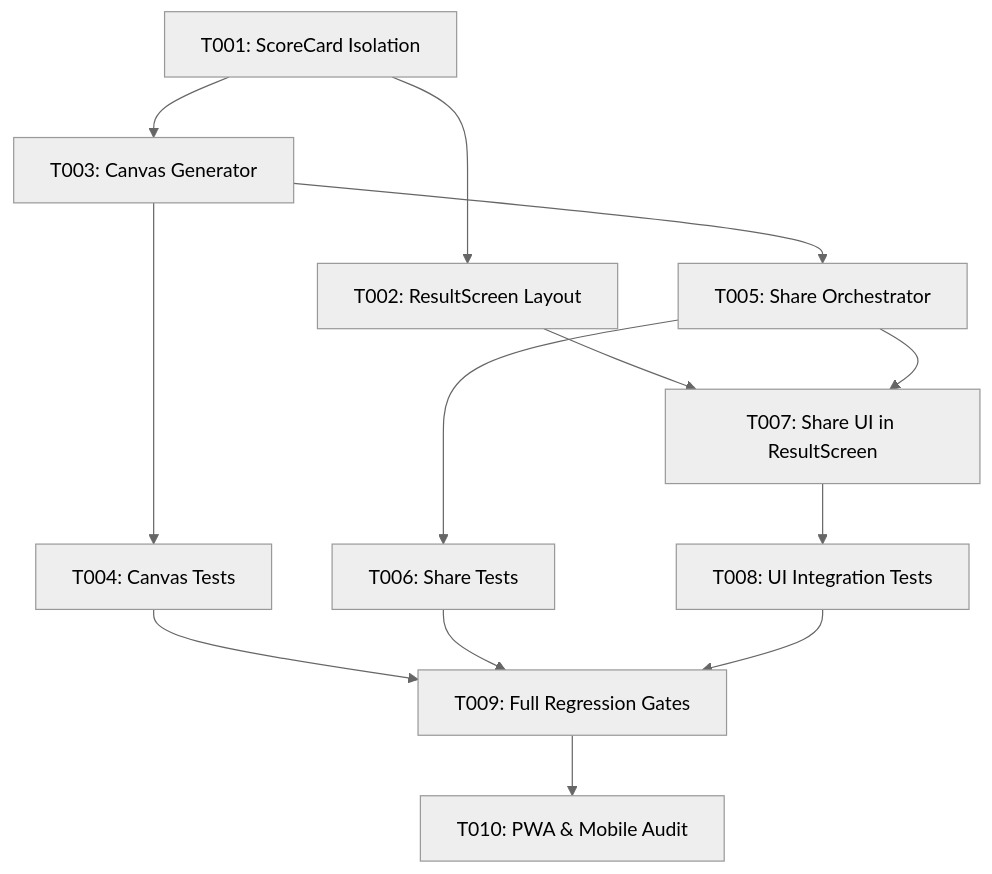
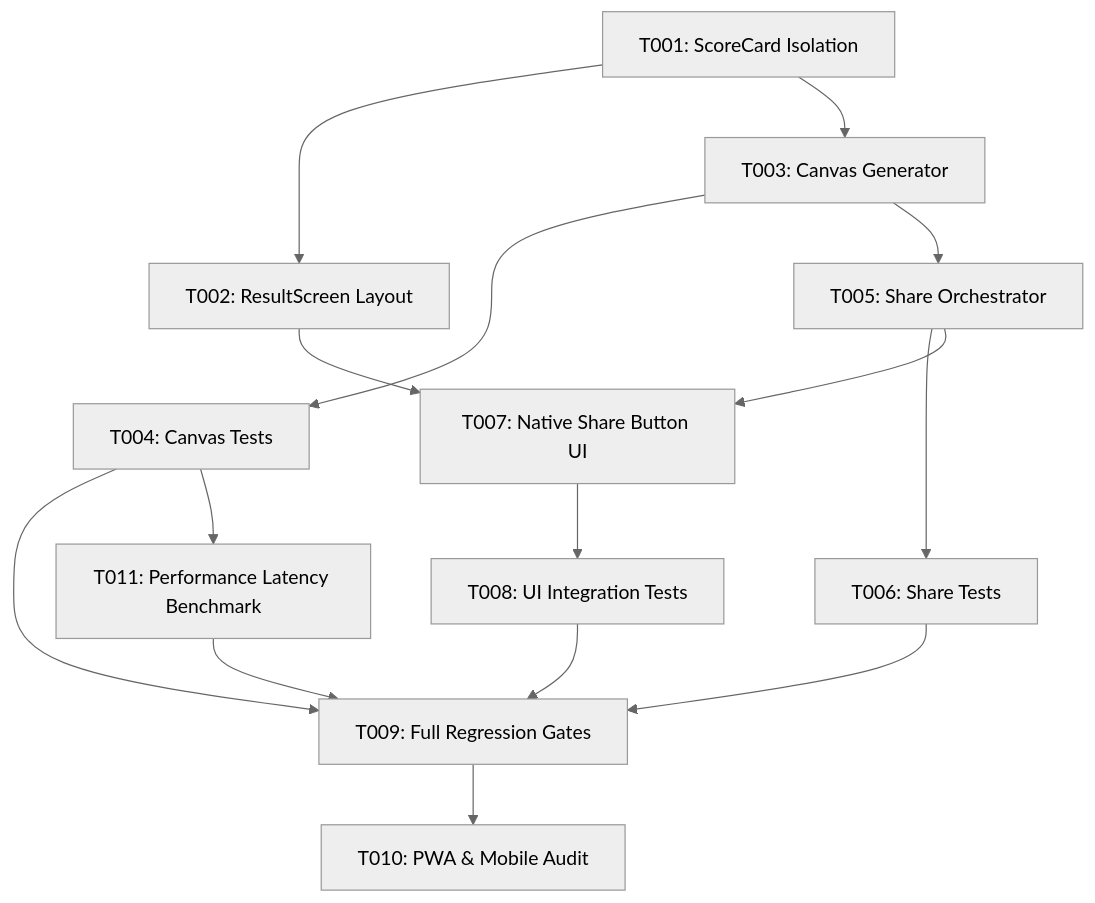
Before and after one commit to Kreesten-hsh/SLEEPMAXX: the diagram in specs/002-growth-share/tasks.md, drawn with Mermaid (neutral theme). The commit also changed other lines of this file and 4 other files, not shown here.

Commit message:
docs(specs): calibrate performance targets, clarify sharing cascade, and enforce native button a11y

````diff
--- a/specs/002-growth-share/tasks.md
+++ b/specs/002-growth-share/tasks.md
@@ -74,15 +77,17 @@
 ```mermaid
 graph TD
     T001[T001: ScoreCard Isolation] --> T002[T002: ResultScreen Layout]
     T003[T003: Canvas Generator] --> T004[T004: Canvas Tests]
     T001 --> T003
     T003 --> T005[T005: Share Orchestrator]
     T005 --> T006[T006: Share Tests]
-    T002 --> T007[T007: Share UI in ResultScreen]
+    T002 --> T007[T007: Native Share Button UI]
     T005 --> T007
     T007 --> T008[T008: UI Integration Tests]
     T004 --> T009[T009: Full Regression Gates]
     T006 --> T009
     T008 --> T009
     T009 --> T010[T010: PWA & Mobile Audit]
+    T004 --> T011[T011: Performance Latency Benchmark]
+    T011 --> T009
 ```
````
